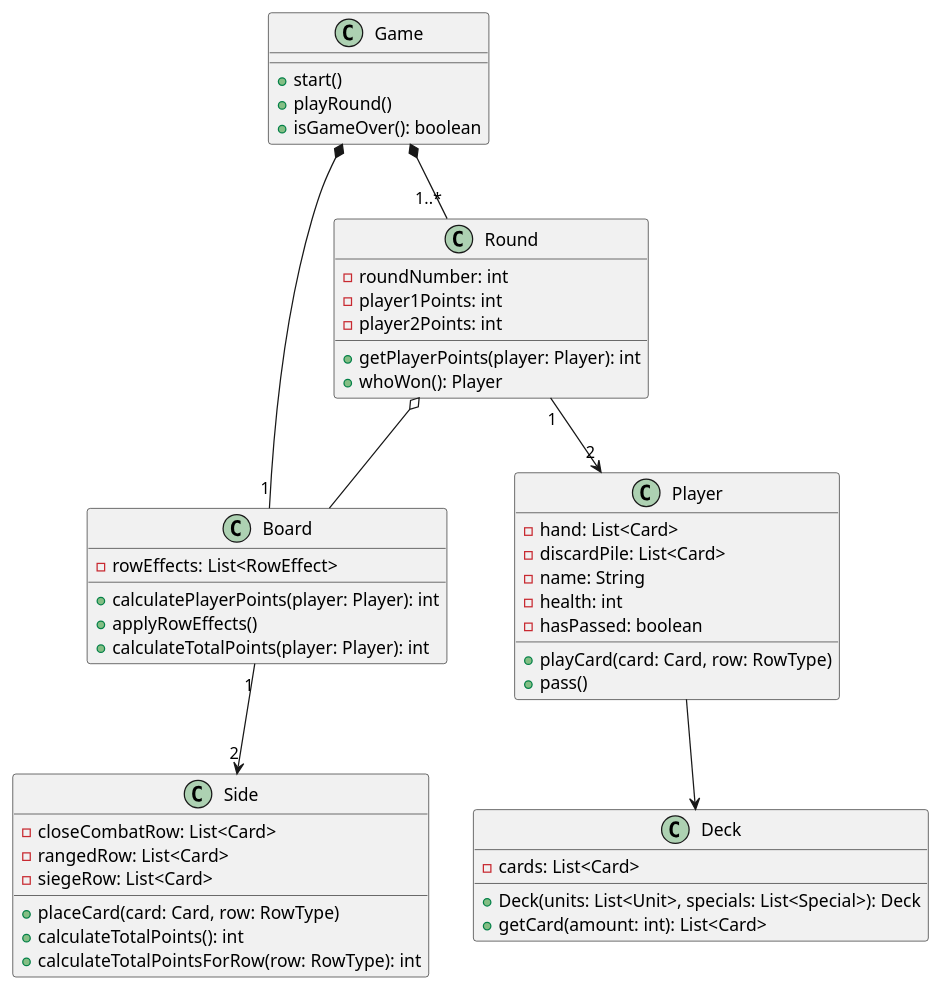
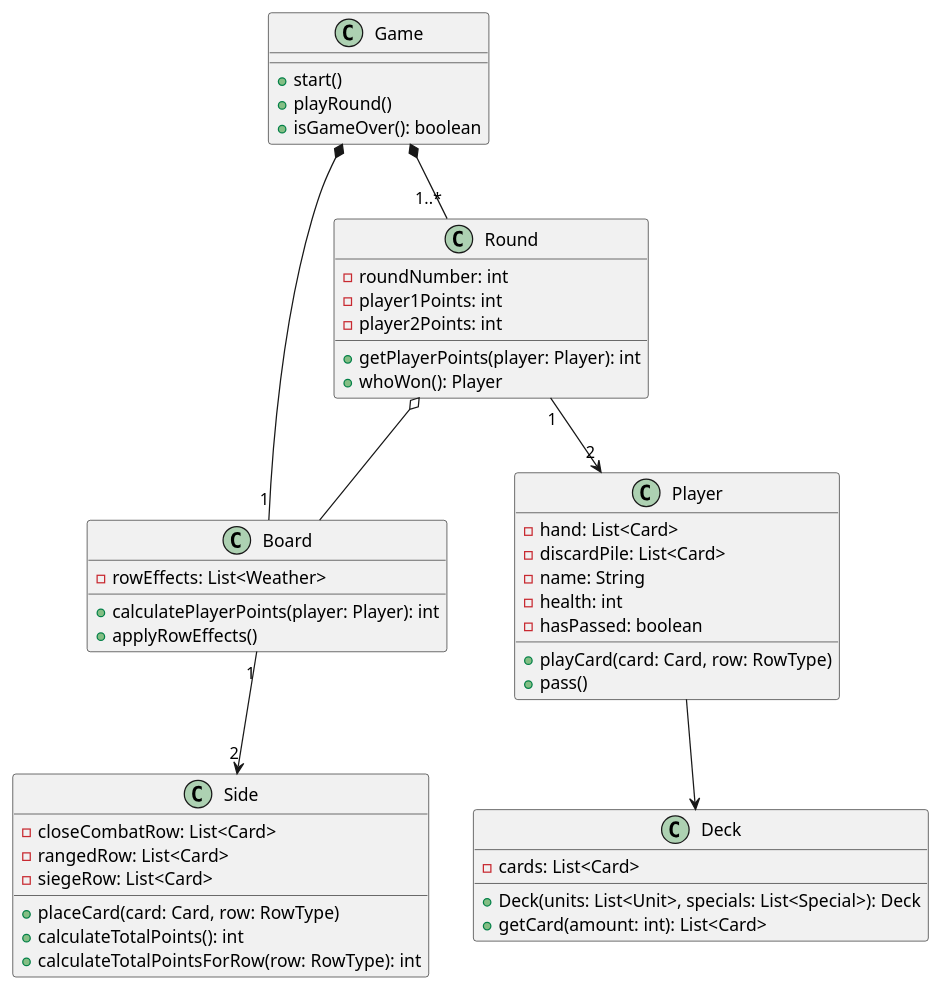
The diagram in diagrams/classes/game.plantuml (Yonhir/algo3_proyecto_base_tp2), drawn with PlantUML before and after one commit. The commit also changed 1 other file, not shown here.

```diff
--- a/diagrams/classes/game.plantuml
+++ b/diagrams/classes/game.plantuml
@@ -1,74 +1,73 @@
 @startuml
 
 
 ' =====================
 ' DECK & PLAYER
 ' =====================
 class Deck {
   -cards: List<Card>
   +Deck(units: List<Unit>, specials: List<Special>): Deck
   +getCard(amount: int): List<Card>
 }
 
 class Player {
   -hand: List<Card>
   -discardPile: List<Card>
   -name: String
   -health: int
   -hasPassed: boolean
 ' -leader: LeaderCard
   +playCard(card: Card, row: RowType)
   +pass()
 '  +useLeaderAbility()
 }
 
 ' =====================
 ' GAME & BOARD
 ' =====================
 class Game {
   +start()
   +playRound()
   +isGameOver(): boolean
 }
 
 class Board {
-  -rowEffects: List<RowEffect>
+  -rowEffects: List<Weather>
   +calculatePlayerPoints(player: Player): int
   +applyRowEffects()
-  +calculateTotalPoints(player: Player): int
 }
 
 class Side {
   -closeCombatRow: List<Card>
   -rangedRow: List<Card>
   -siegeRow: List<Card>
   +placeCard(card: Card, row: RowType)
   +calculateTotalPoints(): int
   +calculateTotalPointsForRow(row: RowType): int
 }
 
 class Round {
   -roundNumber: int
   -player1Points: int
   -player2Points: int
   +getPlayerPoints(player: Player): int
   +whoWon(): Player
 }
 
 ' =====================
 ' RELATIONSHIPS
 ' =====================
 
 Game *-- "1..*" Round
 Game *-- "1" Board
 
 Round "1"-->"2" Player
 Round o-- Board
 
 Player --> Deck
 ' Player --> LeaderCard
 
 Board "1" --> "2" Side
 
 
 @enduml
```
